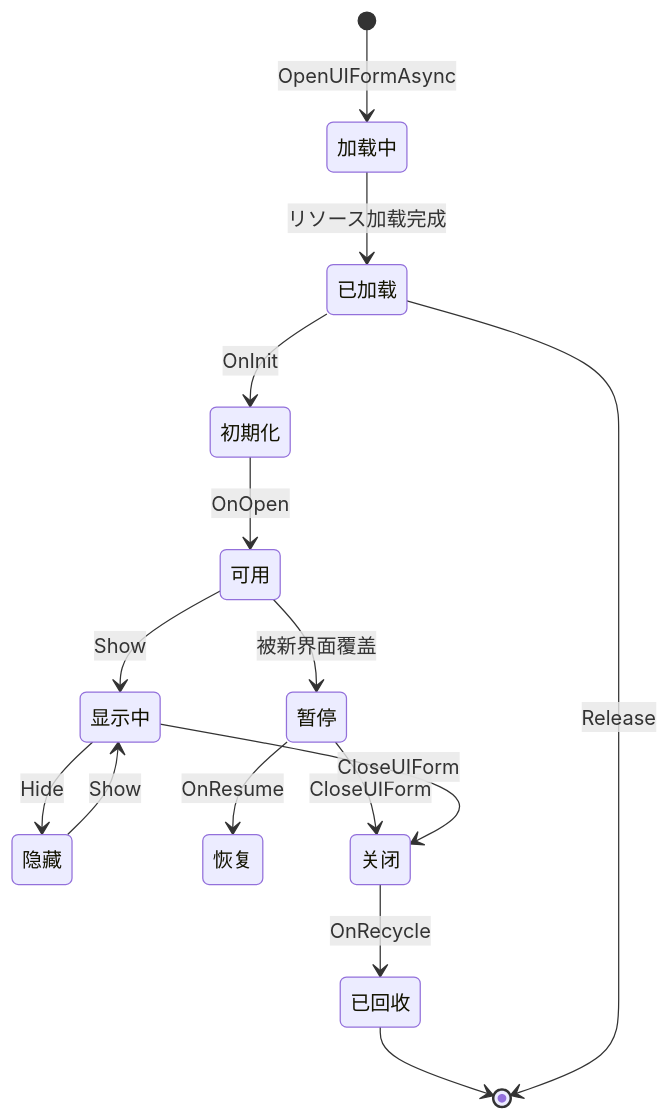
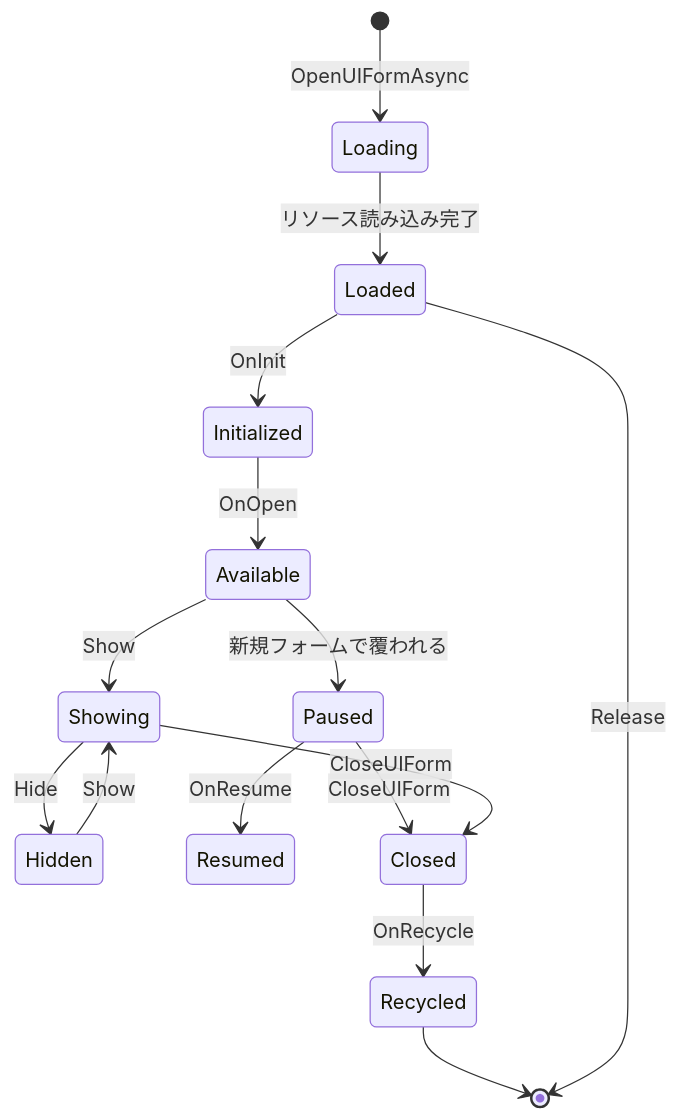
One commit to AlianBlank/GameFrameX.Docs changed the second of 2 diagrams in docs/ja/client/unity/component/ui/11.ui-component-api.md. Above: the diagram before and after it, drawn with Mermaid. The commit also changed other lines of this file and 320 other files, not shown here.

````diff
--- a/docs/ja/client/unity/component/ui/11.ui-component-api.md
+++ b/docs/ja/client/unity/component/ui/11.ui-component-api.md
@@ -445,17 +445,17 @@
 ```mermaid
 stateDiagram-v2
-    [*] --> 加载中: OpenUIFormAsync
-    加载中 --> 已加载: リソース加载完成
-    已加载 --> 初期化: OnInit
-    初期化 --> 可用: OnOpen
-    可用 --> 显示中: Show
-    显示中 --> 隐藏: Hide
-    隐藏 --> 显示中: Show
-    可用 --> 暂停: 被新界面覆盖
-    暂停 --> 恢复: OnResume
-    暂停 --> 关闭: CloseUIForm
-    显示中 --> 关闭: CloseUIForm
-    关闭 --> 已回收: OnRecycle
-    已回收 --> [*]
-    已加载 --> [*]: Release
+    [*] --> Loading: OpenUIFormAsync
+    Loading --> Loaded: リソース読み込み完了
+    Loaded --> Initialized: OnInit
+    Initialized --> Available: OnOpen
+    Available --> Showing: Show
+    Showing --> Hidden: Hide
+    Hidden --> Showing: Show
+    Available --> Paused: 新規フォームで覆われる
+    Paused --> Resumed: OnResume
+    Paused --> Closed: CloseUIForm
+    Showing --> Closed: CloseUIForm
+    Closed --> Recycled: OnRecycle
+    Recycled --> [*]
+    Loaded --> [*]: Release
 ```
````
